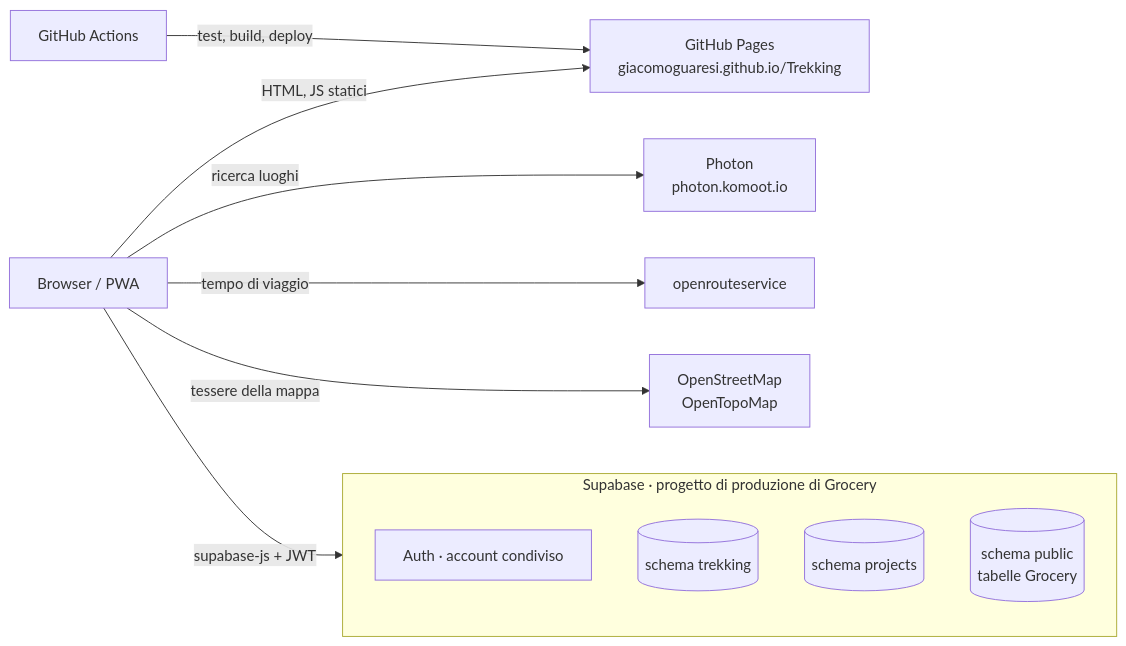
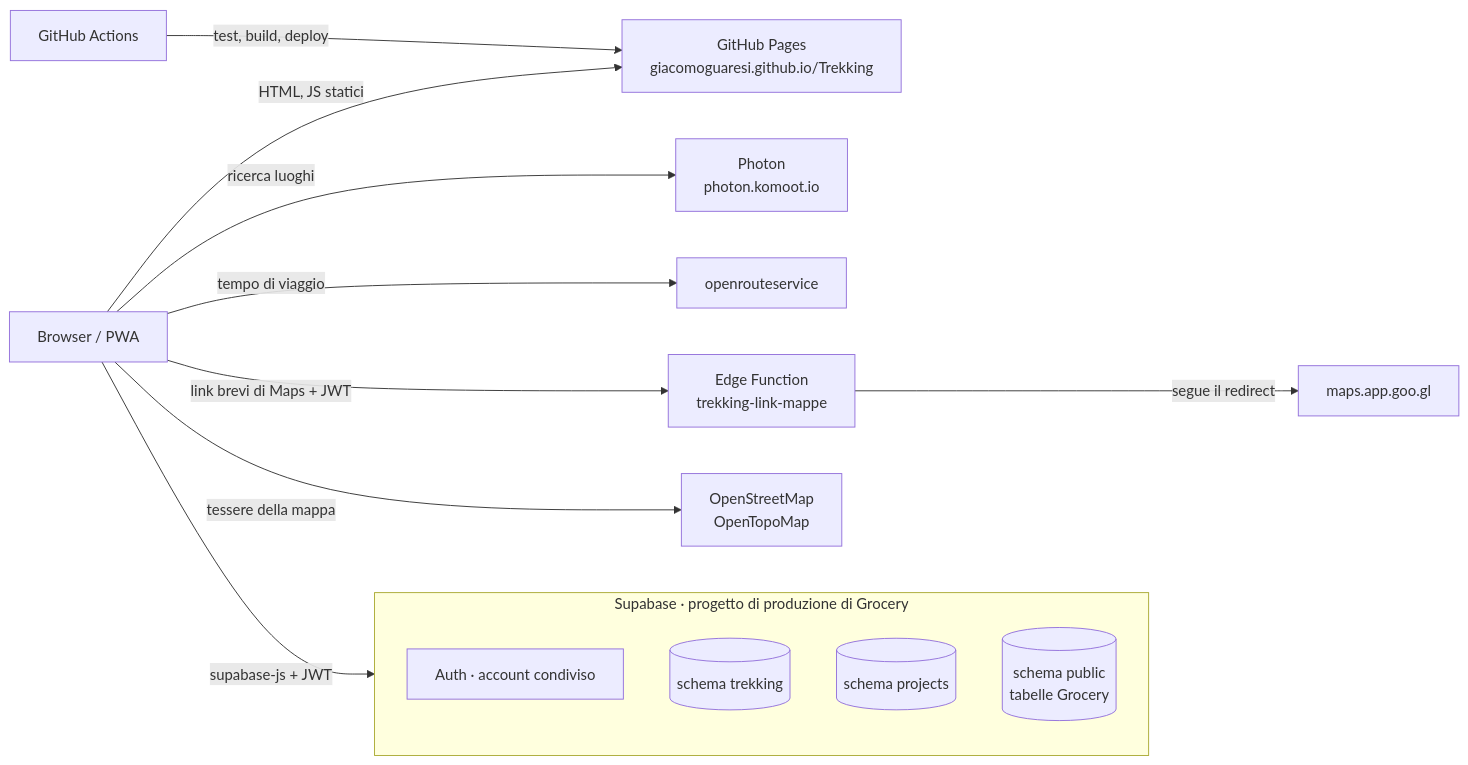
One commit to GiacomoGuaresi/Trekking changed the diagram in docs/03-architettura.md. Above: the diagram before and after it, drawn with Mermaid. The commit also changed other lines of this file and 23 other files, not shown here.

Commit message:
Refactor Mappa component to use bounds for initial view and remove Inquadra function; update ModaleTrekking to implement a step wizard for form submission; enhance luogo module to validate Google Maps links; add Supabase function for handling short Google Maps links.

````diff
--- a/docs/03-architettura.md
+++ b/docs/03-architettura.md
@@ -5,15 +5,17 @@
 ```mermaid
 flowchart LR
   U[Browser / PWA] -->|HTML, JS statici| GP[GitHub Pages<br/>giacomoguaresi.github.io/Trekking]
   U -->|supabase-js + JWT| SB
   subgraph SB[Supabase · progetto di produzione di Grocery]
     AUTH[Auth · account condiviso]
     T[(schema trekking)]
     P[(schema projects)]
     G[(schema public<br/>tabelle Grocery)]
   end
   U -->|ricerca luoghi| PH[Photon<br/>photon.komoot.io]
   U -->|tempo di viaggio| ORS[openrouteservice]
+  U -->|link brevi di Maps + JWT| EF[Edge Function<br/>trekking-link-mappe]
+  EF -->|segue il redirect| GM[maps.app.goo.gl]
   U -->|tessere della mappa| TILES[OpenStreetMap<br/>OpenTopoMap]
   GH[GitHub Actions] -->|test, build, deploy| GP
 ```
````
